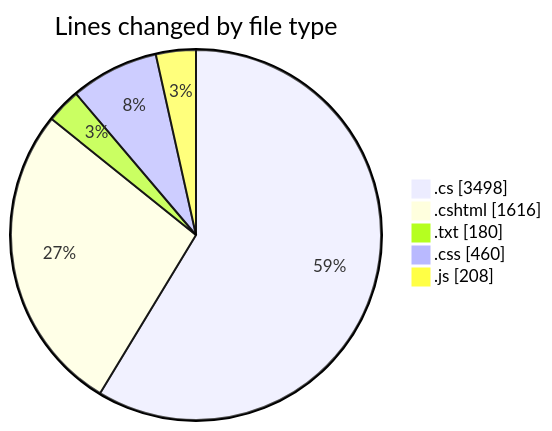
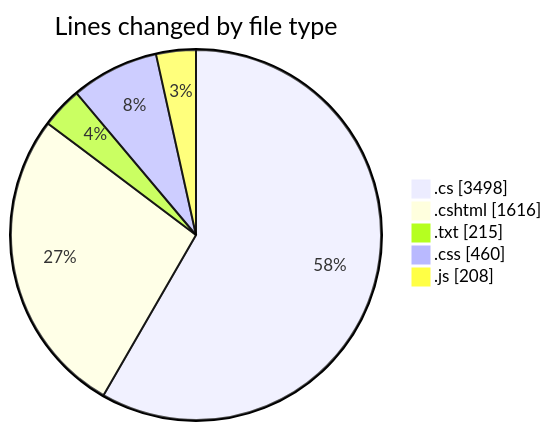
The first of 2 diagrams in 2025-07-28/quanlyrapchieuphim-1/README.md (lephambinh05/code-tracking), drawn with Mermaid before and after one commit. The commit also changed other lines of this file and 1 other file, not shown here.

````diff
--- a/2025-07-28/quanlyrapchieuphim-1/README.md
+++ b/2025-07-28/quanlyrapchieuphim-1/README.md
@@ -36,9 +36,9 @@
 ```mermaid
 pie showData
 title Lines changed by file type
 ".cs" : 3498
 ".cshtml" : 1616
-".txt" : 180
+".txt" : 215
 ".css" : 460
 ".js" : 208
 ```
````
